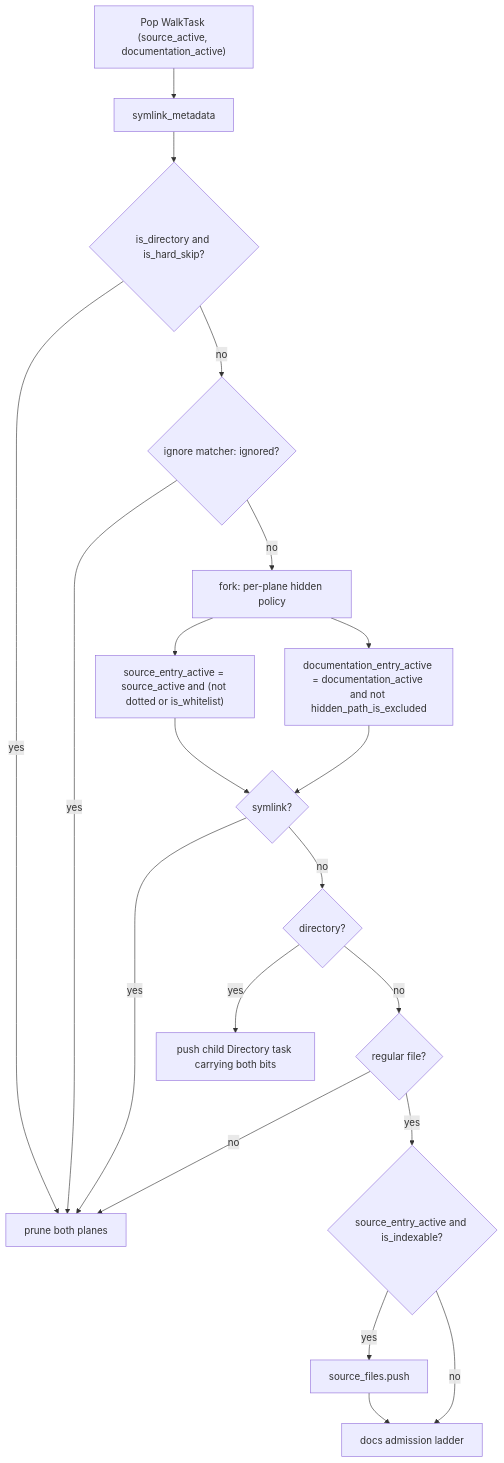
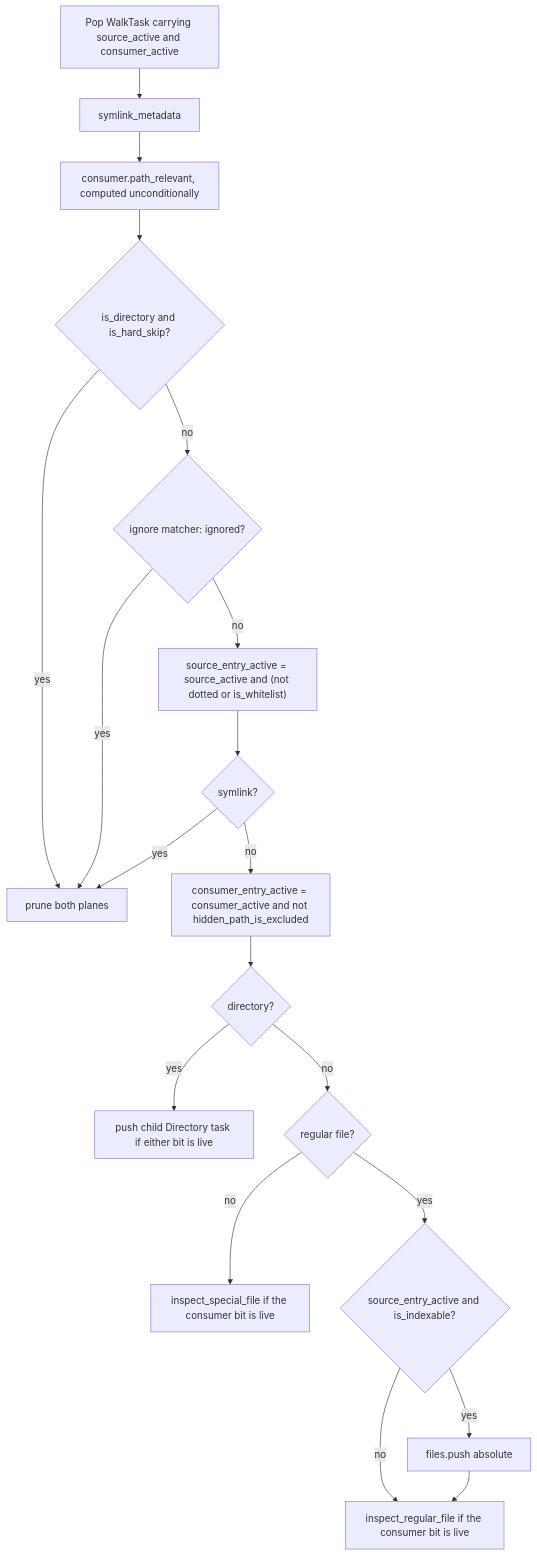
One commit to iantocristian/jscout changed the first of 2 diagrams in docs/codebase-analysis/02-ingestion.md. Above: the diagram before and after it, drawn with Mermaid. The commit also changed other lines of this file and 11 other files, not shown here.

````diff
--- a/docs/codebase-analysis/02-ingestion.md
+++ b/docs/codebase-analysis/02-ingestion.md
@@ -40,22 +41,21 @@
 ```mermaid
 flowchart TD
-  POP["Pop WalkTask (source_active, documentation_active)"] --> META["symlink_metadata"]
-  META --> HARD{"is_directory and is_hard_skip?"}
+  POP["Pop WalkTask carrying source_active and consumer_active"] --> META["symlink_metadata"]
+  META --> REL["consumer.path_relevant, computed unconditionally"]
+  REL --> HARD{"is_directory and is_hard_skip?"}
   HARD -- yes --> DROP["prune both planes"]
   HARD -- no --> IGN{"ignore matcher: ignored?"}
   IGN -- yes --> DROP
-  IGN -- no --> HID["fork: per-plane hidden policy"]
-  HID --> SRC["source_entry_active = source_active and (not dotted or is_whitelist)"]
-  HID --> DOC["documentation_entry_active = documentation_active and not hidden_path_is_excluded"]
+  IGN -- no --> SRC["source_entry_active = source_active and (not dotted or is_whitelist)"]
   SRC --> LINK{"symlink?"}
-  DOC --> LINK
   LINK -- yes --> DROP
-  LINK -- no --> TYPE{"directory?"}
-  TYPE -- yes --> PUSH["push child Directory task carrying both bits"]
+  LINK -- no --> DOC["consumer_entry_active = consumer_active and not hidden_path_is_excluded"]
+  DOC --> TYPE{"directory?"}
+  TYPE -- yes --> PUSH["push child Directory task if either bit is live"]
   TYPE -- no --> FILE{"regular file?"}
-  FILE -- no --> DROP
+  FILE -- no --> SPECIAL["inspect_special_file if the consumer bit is live"]
   FILE -- yes --> IDX{"source_entry_active and is_indexable?"}
-  IDX -- yes --> CODE["source_files.push"]
-  IDX -- no --> DOCG["docs admission ladder"]
+  IDX -- yes --> CODE["files.push absolute"]
+  IDX -- no --> DOCG["inspect_regular_file if the consumer bit is live"]
   CODE --> DOCG
 ```
````
